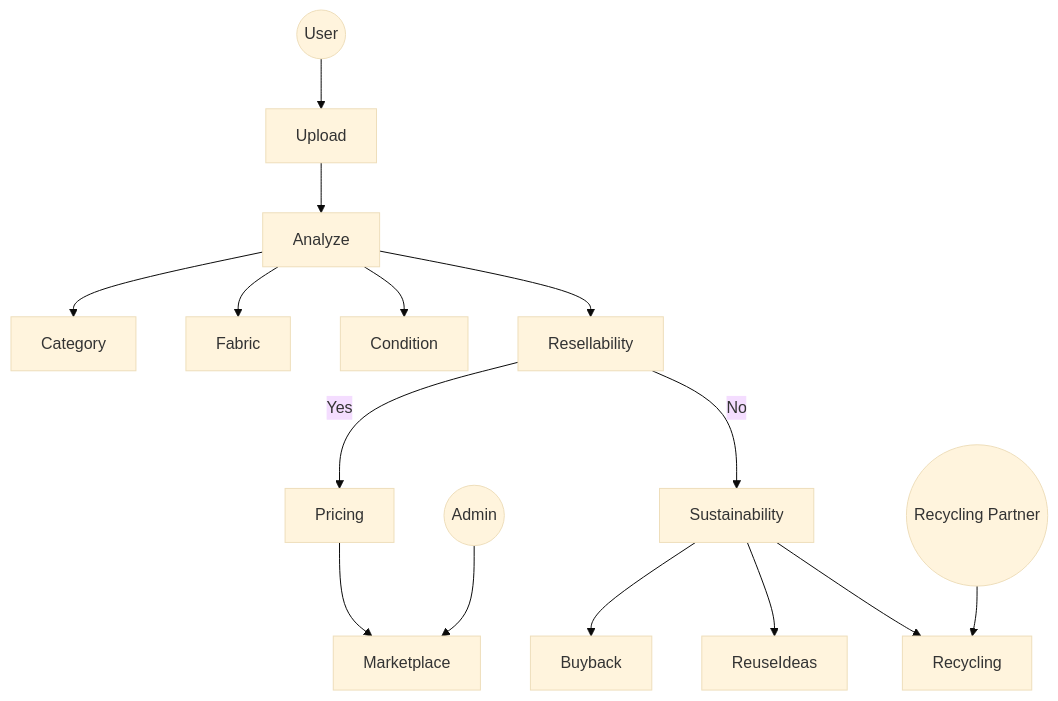
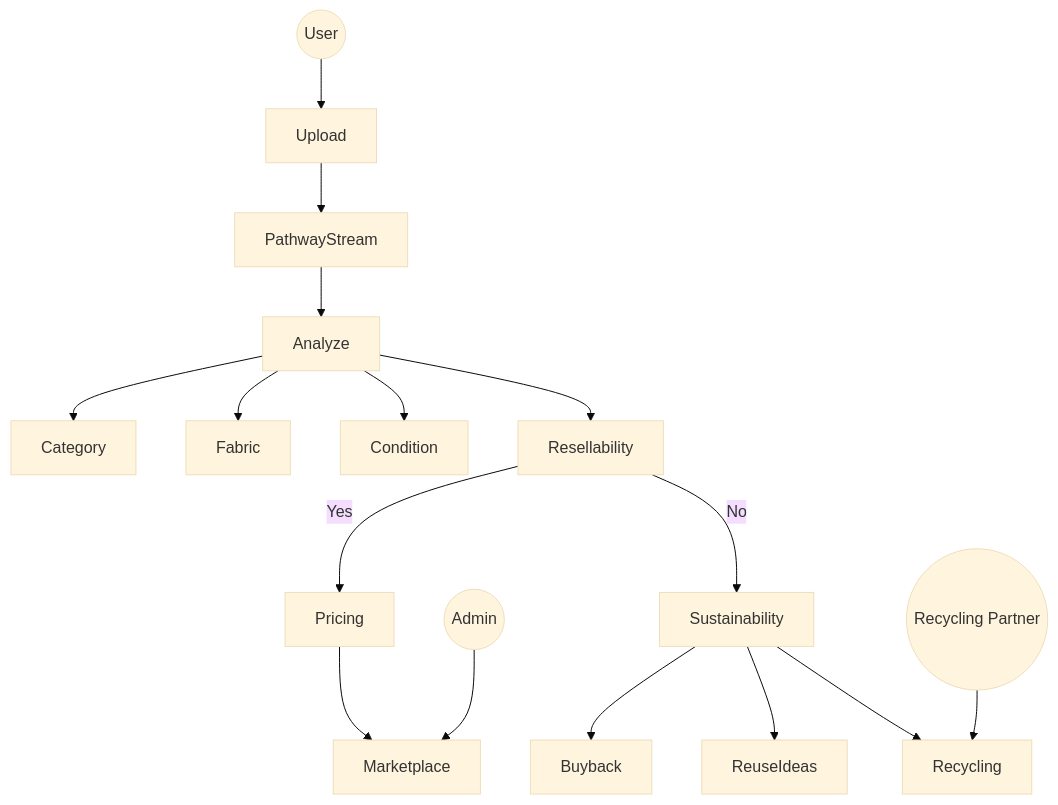
One commit to Nikhub7-dotcom/ReWear changed the diagram in README.md. Above: the diagram before and after it, drawn with Mermaid (base theme). The commit also changed other lines of this file, not shown here.

````diff
--- a/README.md
+++ b/README.md
@@ -68,26 +76,28 @@
 ```mermaid
 graph TD
 
 User((User))
 Admin((Admin))
 Recycler((Recycling Partner))
 
 User --> Upload
-Upload --> Analyze
+Upload --> PathwayStream
+
+PathwayStream --> Analyze
 
 Analyze --> Category
 Analyze --> Fabric
 Analyze --> Condition
 Analyze --> Resellability
 
 Resellability -->|Yes| Pricing
 Resellability -->|No| Sustainability
 
 Pricing --> Marketplace
 Sustainability --> Buyback
 Sustainability --> ReuseIdeas
 Sustainability --> Recycling
 
 Admin --> Marketplace
 Recycler --> Recycling
 ```
````
